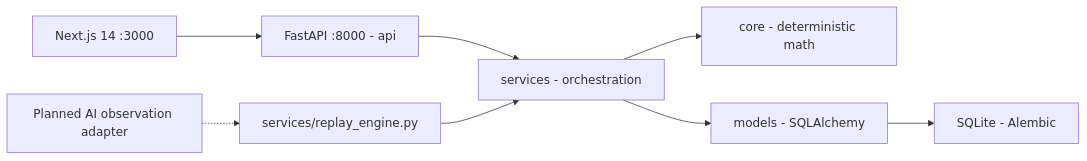
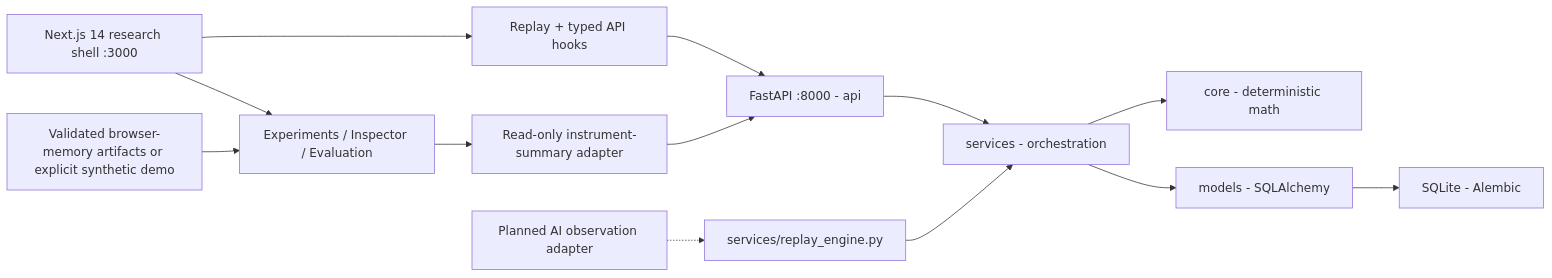
Before and after one commit to Saad-Rafik-Etu-IMT/marketgpt-blind-replay: the first of 2 diagrams in README.md, drawn with Mermaid. The commit also changed other lines of this file and 25 other files, not shown here.

````diff
--- a/README.md
+++ b/README.md
@@ -138,10 +182,15 @@
 ```mermaid
 flowchart LR
-    UI["Next.js 14 :3000"] --> API["FastAPI :8000 - api"]
+    UI["Next.js 14 research shell :3000"] --> REPLAY["Replay + typed API hooks"]
+    REPLAY --> API["FastAPI :8000 - api"]
+    UI --> RESEARCH["Experiments / Inspector / Evaluation"]
+    ART["Validated browser-memory artifacts or explicit synthetic demo"] --> RESEARCH
+    RESEARCH --> META["Read-only instrument-summary adapter"]
+    META --> API
     API --> S["services - orchestration"]
     S --> C["core - deterministic math"]
     S --> ORM["models - SQLAlchemy"]
     ORM --> DB["SQLite - Alembic"]
     AI["Planned AI observation adapter"] -.-> RE["services/replay_engine.py"]
     RE --> S
 ```
````
